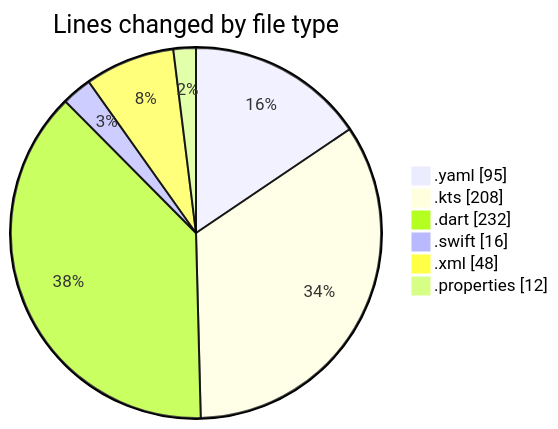
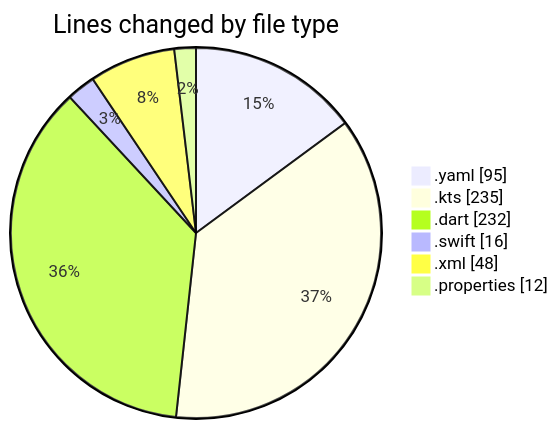
Before and after one commit to donsfak/code-tracking: the first of 2 diagrams in 2025-02-16/uber_clone/README.md, drawn with Mermaid. The commit also changed other lines of this file and 1 other file, not shown here.

````diff
--- a/2025-02-16/uber_clone/README.md
+++ b/2025-02-16/uber_clone/README.md
@@ -26,10 +26,10 @@
 ```mermaid
 pie showData
 title Lines changed by file type
 ".yaml" : 95
-".kts" : 208
+".kts" : 235
 ".dart" : 232
 ".swift" : 16
 ".xml" : 48
 ".properties" : 12
 ```
````
